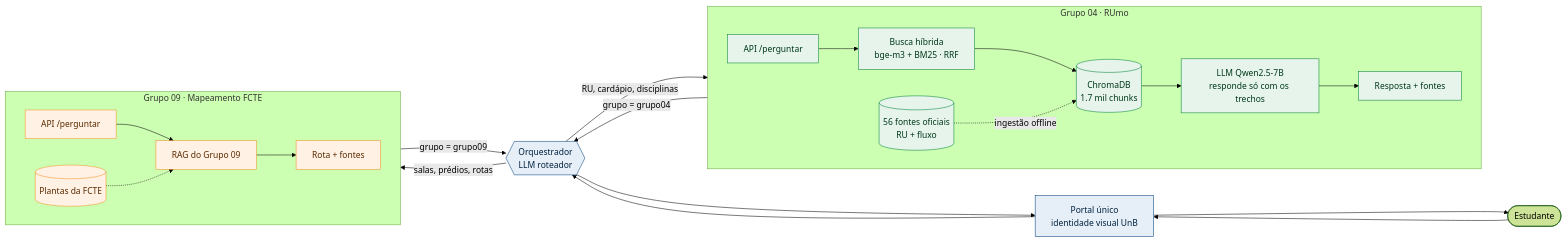
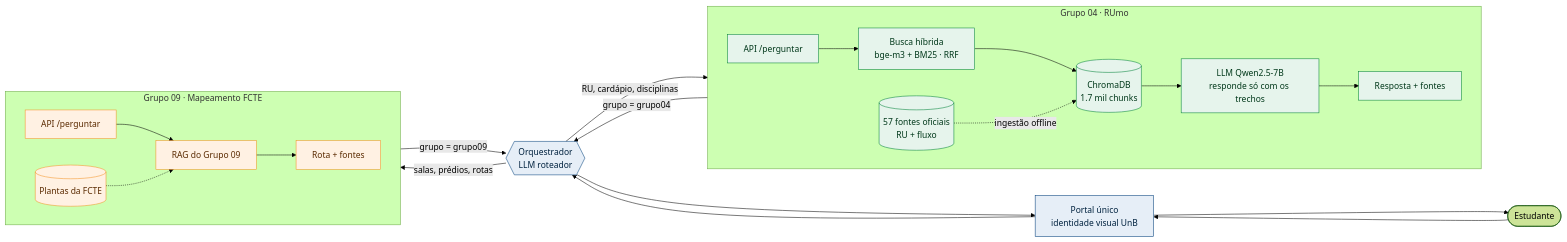
Before and after one commit to maykonjuso/residencia-grupo-4: the diagram in docs/visao/como-funciona.md, drawn with Mermaid (forest theme). The commit also changed other lines of this file and 28 other files, not shown here.

````diff
--- a/docs/visao/como-funciona.md
+++ b/docs/visao/como-funciona.md
@@ -19,29 +19,29 @@
 ```mermaid
 flowchart LR
     E([Estudante]) --> P[Portal único<br/>identidade visual UnB]
     P --> O{{Orquestrador<br/>LLM roteador}}
     subgraph G04 [Grupo 04 · RUmo]
         direction LR
         A4[API /perguntar] --> B4[Busca híbrida<br/>bge-m3 + BM25 · RRF]
         B4 --> C4[(ChromaDB<br/>1.7 mil chunks)]
         C4 --> L4[LLM Qwen2.5-7B<br/>responde só com os trechos]
         L4 --> R4[Resposta + fontes]
-        K4[(56 fontes oficiais<br/>RU + fluxo)] -. ingestão offline .-> C4
+        K4[(57 fontes oficiais<br/>RU + fluxo)] -. ingestão offline .-> C4
     end
     subgraph G09 [Grupo 09 · Mapeamento FCTE]
         direction LR
         A9[API /perguntar] --> B9[RAG do Grupo 09] --> R9[Rota + fontes]
         K9[(Plantas da FCTE)] -.-> B9
     end
     O -- "RU, cardápio, disciplinas" --> A4
     O -- "salas, prédios, rotas" --> A9
     R4 -- "grupo = grupo04" --> O
     R9 -- "grupo = grupo09" --> O
     O --> P --> E
     classDef g04 fill:#e6f4ec,stroke:#008137,color:#00381a
     classDef g09 fill:#fff1e3,stroke:#f39325,color:#5a2a00
     classDef comum fill:#e6eef7,stroke:#003f7a,color:#00223f
     class A4,B4,C4,L4,R4,K4 g04
     class A9,B9,R9,K9 g09
     class P,O comum
 ```
````
